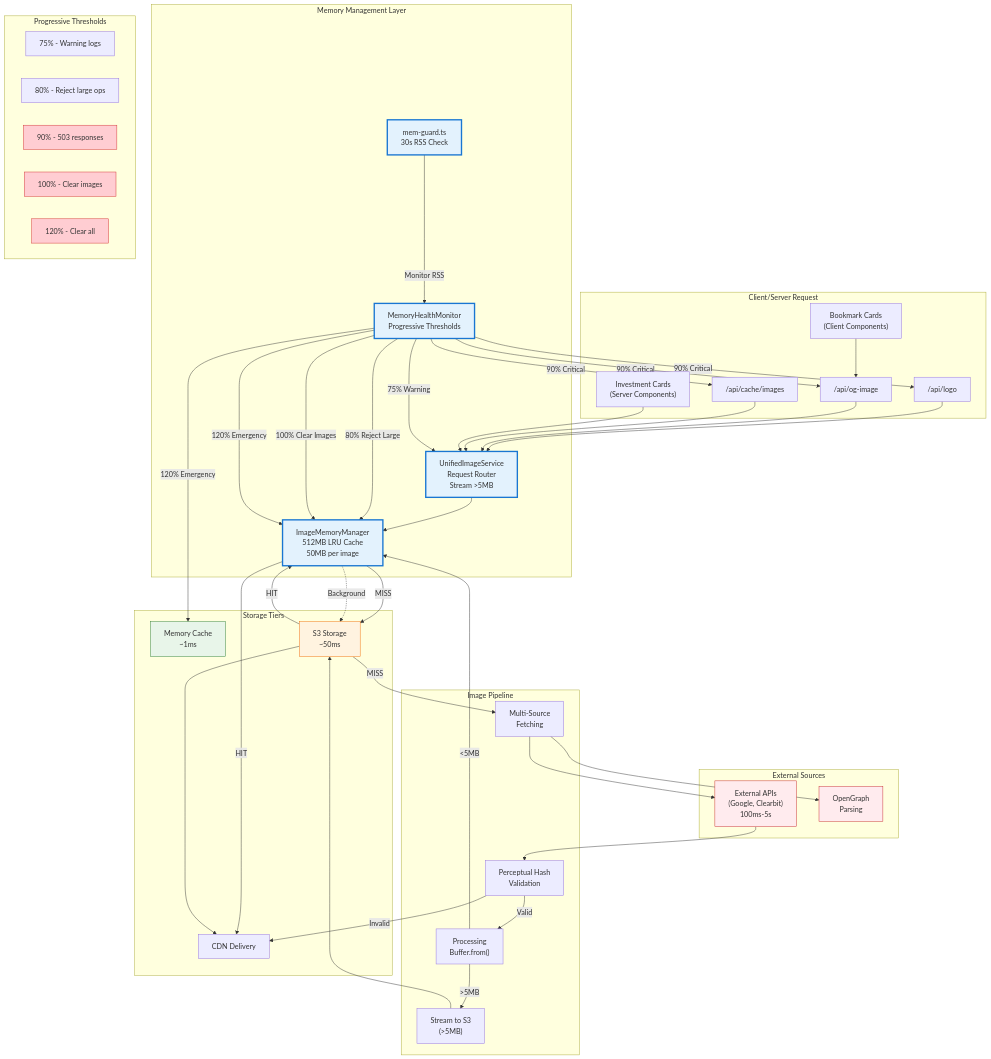
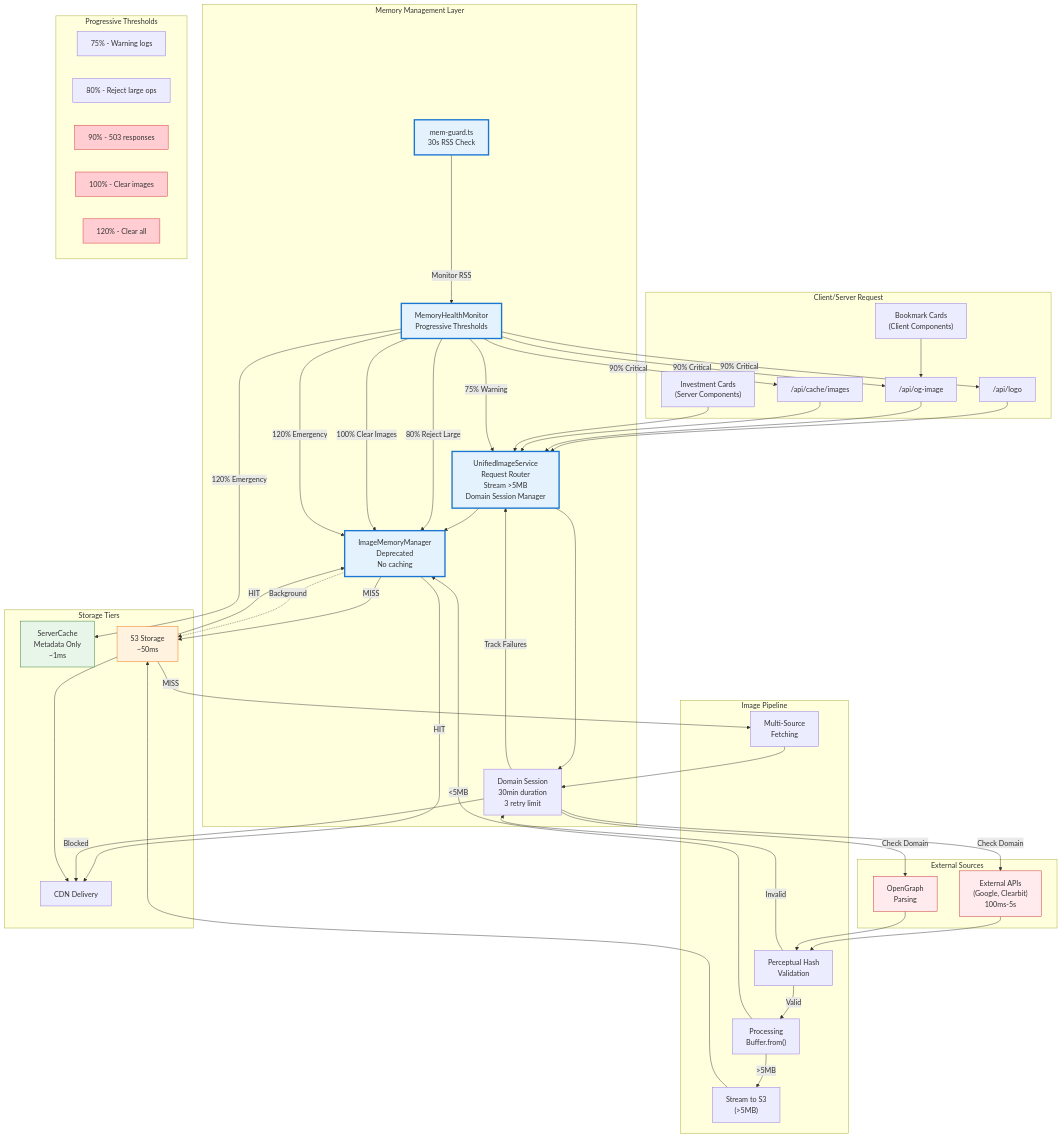
One commit to WilliamAGH/williamcallahan.com changed the diagram in docs/projects/structure/image-handling.mmd. Above: the diagram before and after it, drawn with Mermaid. The commit also changed 14 other files, not shown here.

```diff
--- a/docs/projects/structure/image-handling.mmd
+++ b/docs/projects/structure/image-handling.mmd
@@ -1,90 +1,98 @@
 graph TD
     subgraph "Client/Server Request"
         A["/api/logo"]
         B["/api/og-image"]
         C["/api/cache/images"]
         D["Investment Cards<br/>(Server Components)"]
         E["Bookmark Cards<br/>(Client Components)"]
     end
 
     subgraph "Memory Management Layer"
-        MM1["ImageMemoryManager<br/>512MB LRU Cache<br/>50MB per image"]
-        MM2["UnifiedImageService<br/>Request Router<br/>Stream >5MB"]
+        MM1["ImageMemoryManager<br/>Deprecated<br/>No caching"]
+        MM2["UnifiedImageService<br/>Request Router<br/>Stream >5MB<br/>Domain Session Manager"]
         MM3["MemoryHealthMonitor<br/>Progressive Thresholds"]
         MM4["mem-guard.ts<br/>30s RSS Check"]
+        MM5["Domain Session<br/>30min duration<br/>3 retry limit"]
     end
 
     subgraph "Image Pipeline"
         F["Multi-Source<br/>Fetching"]
         G["Perceptual Hash<br/>Validation"]
         H["Processing<br/>Buffer.from()"]
         ST["Stream to S3<br/>(>5MB)"]
     end
     
     subgraph "Storage Tiers"
-        I["Memory Cache<br/>~1ms"]
+        I["ServerCache<br/>Metadata Only<br/>~1ms"]
         J["S3 Storage<br/>~50ms"]
         K["CDN Delivery"]
     end
     
     subgraph "External Sources"
         L["External APIs<br/>(Google, Clearbit)<br/>100ms-5s"]
         M["OpenGraph<br/>Parsing"]
     end
 
     %% Request flows
     A --> MM2
     B --> MM2
     C --> MM2
     D --> MM2
     E --> B
 
     %% Memory management
     MM2 --> MM1
     MM1 -->|HIT| K
     MM1 -->|MISS| J
     J -->|HIT| MM1
     J -->|MISS| F
     
     %% Fetching pipeline
-    F --> L
-    F --> M
+    F --> MM5
+    MM5 -->|"Check Domain"| L
+    MM5 -->|"Check Domain"| M
+    MM5 -->|"Blocked"| K
     L --> G
+    M --> G
     G -->|Valid| H
-    G -->|Invalid| K
+    G -->|Invalid| MM5
     H -->|">5MB"| ST
     H -->|"<5MB"| MM1
     ST --> J
+    
+    %% Domain session management
+    MM2 --> MM5
+    MM5 -->|"Track Failures"| MM2
     
     %% Background persistence
     MM1 -.->|Background| J
     J --> K
 
     %% Memory pressure monitoring
     MM4 -->|"Monitor RSS"| MM3
     MM3 -->|"75% Warning"| MM2
     MM3 -->|"80% Reject Large"| MM1
     MM3 -->|"90% Critical"| A & B & C
     MM3 -->|"100% Clear Images"| MM1
     MM3 -->|"120% Emergency"| MM1 & I
 
     subgraph "Progressive Thresholds"
         T1["75% - Warning logs"]
         T2["80% - Reject large ops"]
         T3["90% - 503 responses"]
         T4["100% - Clear images"]
         T5["120% - Clear all"]
     end
 
     %% Styling
     classDef memory fill:#e3f2fd,stroke:#1976d2,stroke-width:3px
     classDef fast fill:#e8f5e9,stroke:#2e7d32
     classDef medium fill:#fff3e0,stroke:#ef6c00
     classDef slow fill:#ffebee,stroke:#c62828
     classDef critical fill:#ffcdd2,stroke:#d32f2f
     
     class MM1,MM2,MM3,MM4 memory
     class I fast
     class J medium
     class L,M slow
     class T3,T4,T5 critical
```
